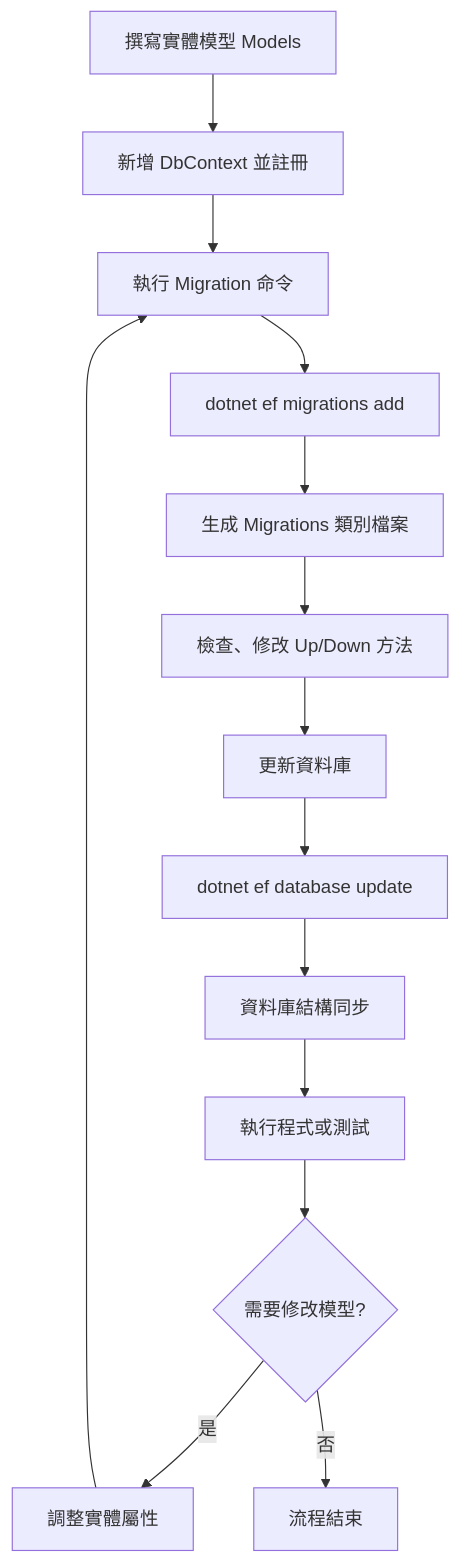
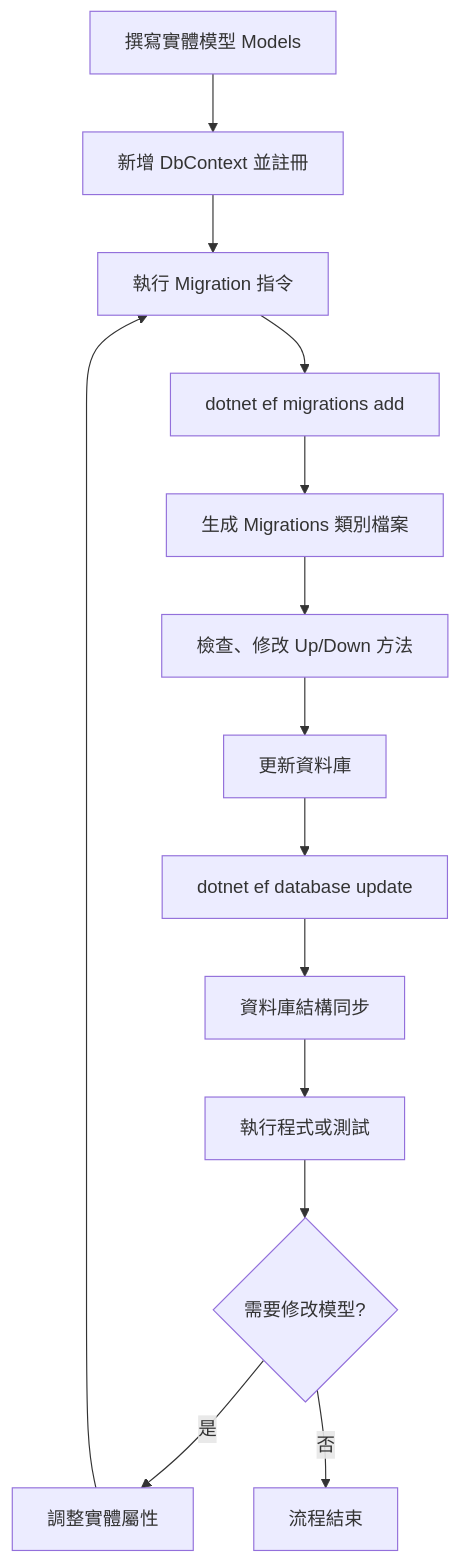
The diagram in dotnet/entity-framework/EF Core Migrations 完整教學手冊.md (KerryHuang/Book), drawn with Mermaid before and after one commit. The commit also changed other lines of this file and 57 other files, not shown here.

````diff
--- a/dotnet/entity-framework/EF Core Migrations 完整教學手冊.md
+++ b/dotnet/entity-framework/EF Core Migrations 完整教學手冊.md
@@ -179,16 +179,16 @@
 ```mermaid
 flowchart TD
   A[撰寫實體模型 Models] --> B[新增 DbContext 並註冊]
-  B --> C[執行 Migration 命令]
+  B --> C[執行 Migration 指令]
   C --> C1[dotnet ef migrations add <Name>]
   C1 --> D[生成 Migrations 類別檔案]
   D --> E[檢查、修改 Up/Down 方法]
   E --> F[更新資料庫]
   F --> F1[dotnet ef database update]
   F1 --> G[資料庫結構同步]
   G --> H[執行程式或測試]
   H --> I{需要修改模型?}
   I -- 是 --> J[調整實體屬性]
   J --> C
   I -- 否 --> K[流程結束]
 ```
````
